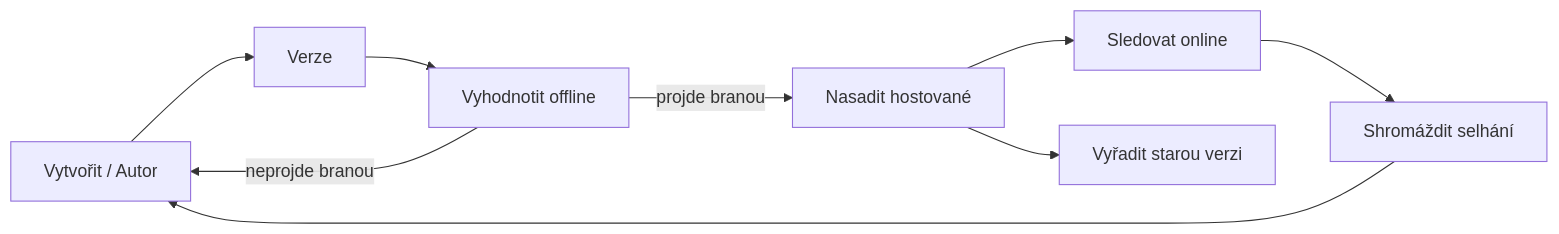
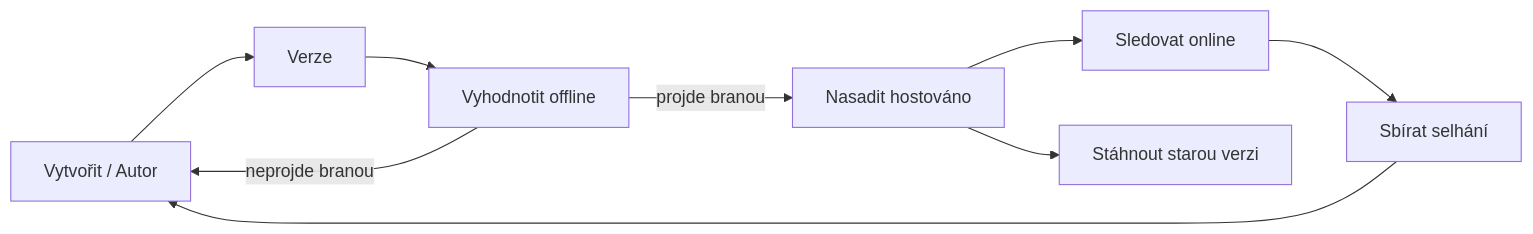
The second of 4 diagrams in mirrors/repos/microsoft@ai-agents-for-beginners/translations/cs/16-deploying-scalable-agents/README.md (gabrielmoreira/agent-skills-mirror), drawn with Mermaid before and after one commit. The commit also changed other lines of this file and 3581 other files, not shown here.

````diff
--- a/mirrors/repos/microsoft@ai-agents-for-beginners/translations/cs/16-deploying-scalable-agents/README.md
+++ b/mirrors/repos/microsoft@ai-agents-for-beginners/translations/cs/16-deploying-scalable-agents/README.md
@@ -108,11 +108,11 @@
 ```mermaid
 flowchart LR
     Create[Vytvořit / Autor] --> Version[Verze]
     Version --> Evaluate[Vyhodnotit offline]
-    Evaluate -->|projde branou| Deploy[Nasadit hostované]
+    Evaluate -->|projde branou| Deploy[Nasadit hostováno]
     Evaluate -->|neprojde branou| Create
     Deploy --> Observe[Sledovat online]
-    Observe --> Improve[Shromáždit selhání]
+    Observe --> Improve[Sbírat selhání]
     Improve --> Create
-    Deploy --> Retire[Vyřadit starou verzi]
+    Deploy --> Retire[Stáhnout starou verzi]
 ```
````
